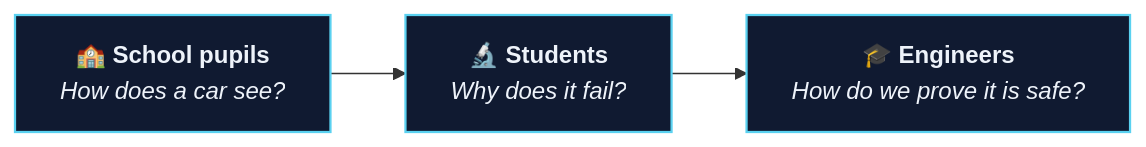
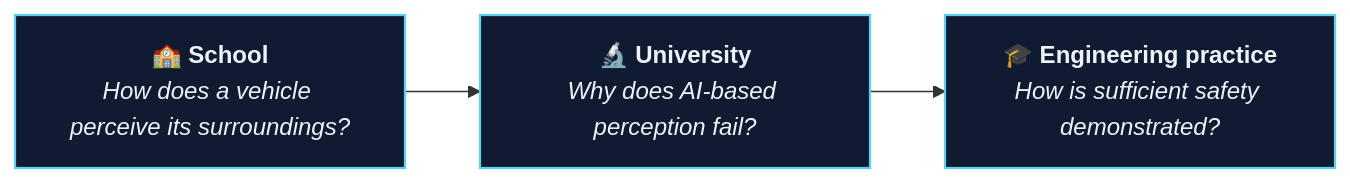
The diagram in README.md (milinpatel07/milinpatel07), drawn with Mermaid before and after one commit. The commit also changed other lines of this file and 3 other files, not shown here.

````diff
--- a/README.md
+++ b/README.md
@@ -105,7 +112,7 @@
 ```mermaid
 flowchart LR
-    A["🏫 <b>School pupils</b><br/><i>How does a car see?</i>"] --> B["🔬 <b>Students</b><br/><i>Why does it fail?</i>"]
-    B --> C["🎓 <b>Engineers</b><br/><i>How do we prove it is safe?</i>"]
+    A["🏫 <b>School</b><br/><i>How does a vehicle perceive its surroundings?</i>"] --> B["🔬 <b>University</b><br/><i>Why does AI-based perception fail?</i>"]
+    B --> C["🎓 <b>Engineering practice</b><br/><i>How is sufficient safety demonstrated?</i>"]
     classDef s fill:#101a31,stroke:#5ad1f0,color:#eef3fa,stroke-width:1.5px
     class A,B,C s
 ```
````
